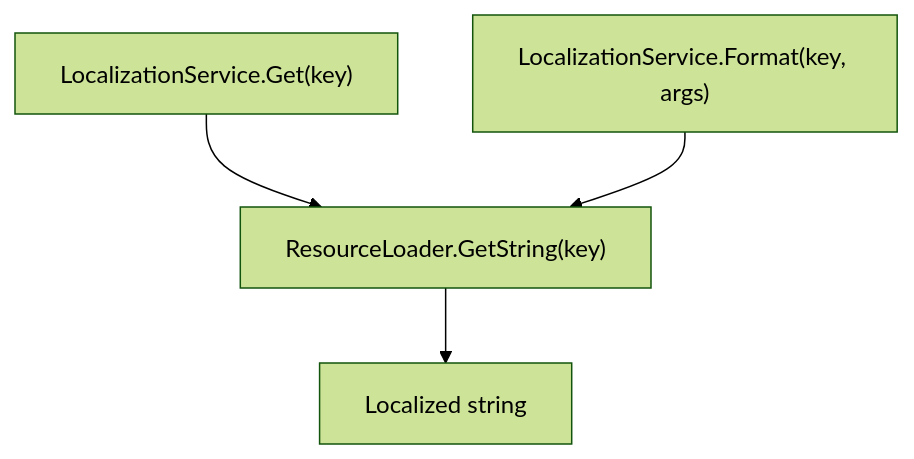
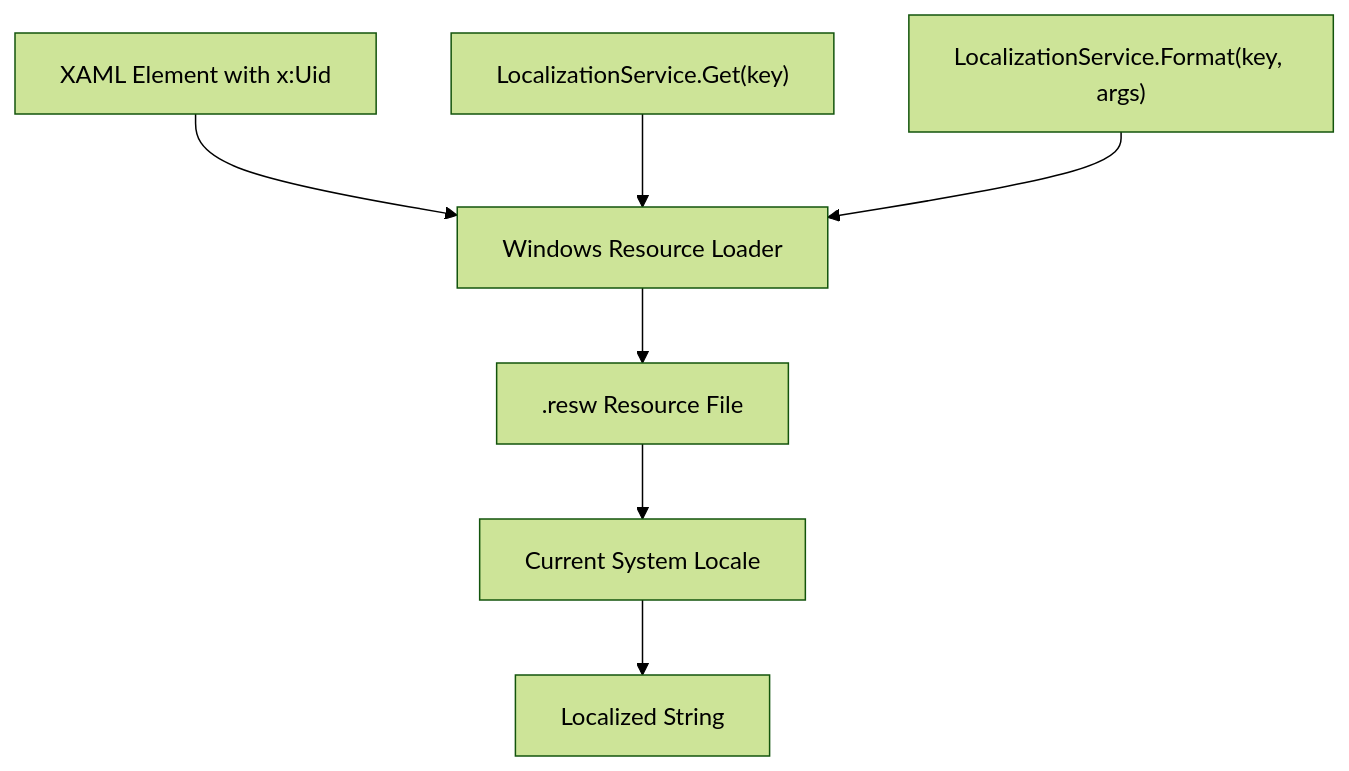
Before and after one commit to AgenticDesktop/App: the ninth of 11 diagrams in .qoder/repowiki/en/content/Architecture Overview/UI Framework and Navigation.md, drawn with Mermaid (forest theme). The commit also changed other lines of this file and 108 other files, not shown here.

````diff
--- a/.qoder/repowiki/en/content/Architecture Overview/UI Framework and Navigation.md
+++ b/.qoder/repowiki/en/content/Architecture Overview/UI Framework and Navigation.md
@@ -283,6 +381,9 @@
 ```mermaid
 flowchart TD
-GetKey["LocalizationService.Get(key)"] --> Loader["ResourceLoader.GetString(key)"]
-FormatKey["LocalizationService.Format(key, args)"] --> Loader
-Loader --> Result["Localized string"]
+XamlElement["XAML Element with x:Uid"] --> ResourceLoader["Windows Resource Loader"]
+ResourceLoader --> ReswFile[".resw Resource File"]
+ReswFile --> CurrentLocale["Current System Locale"]
+CurrentLocale --> LocalizedText["Localized String"]
+LocalizeCode["LocalizationService.Get(key)"] --> ResourceLoader
+FormatCode["LocalizationService.Format(key, args)"] --> ResourceLoader
 ```
````
